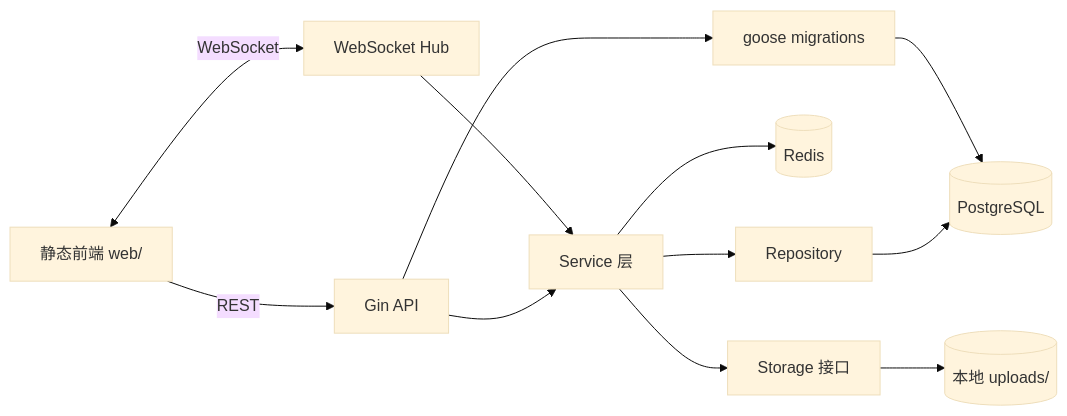
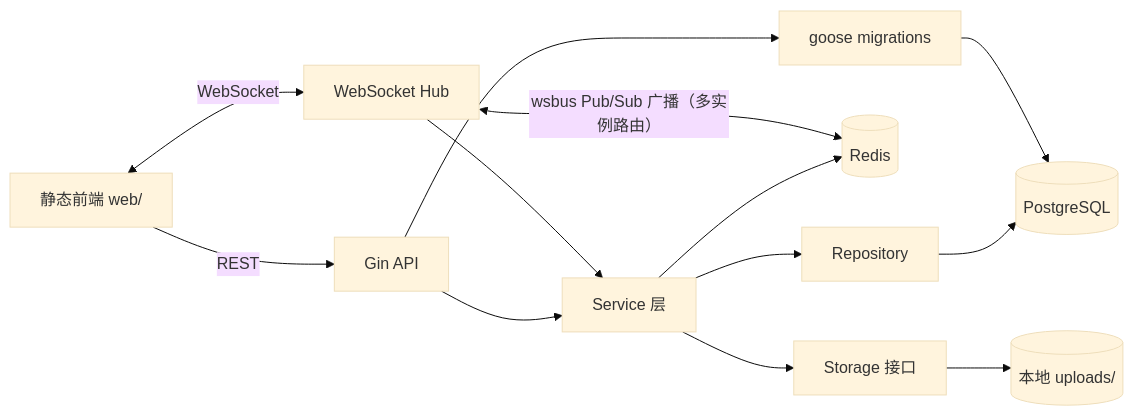
One commit to Wh1teCaat/go-chat changed the first of 4 diagrams in README.md. Above: the diagram before and after it, drawn with Mermaid (base theme). The commit also changed other lines of this file and 9 other files, not shown here.

Commit message:
阶段 1：wsbus 消息总线，WS 推送经 Redis Pub/Sub 跨实例路由

````diff
--- a/README.md
+++ b/README.md
@@ -15,14 +16,15 @@
 ```mermaid
 flowchart LR
     Browser["静态前端 web/"] -->|REST| Gin["Gin API"]
     Browser <-->|WebSocket| WSHub["WebSocket Hub"]
     Gin --> Service["Service 层"]
     WSHub --> Service
     Service --> Repo["Repository"]
     Repo --> PG[("PostgreSQL")]
     Service --> Redis[("Redis")]
     Service --> Storage["Storage 接口"]
     Storage --> Local[("本地 uploads/")]
     Gin --> Goose["goose migrations"]
     Goose --> PG
+    WSHub <-->|"wsbus Pub/Sub 广播（多实例路由）"| Redis
 ```
````
